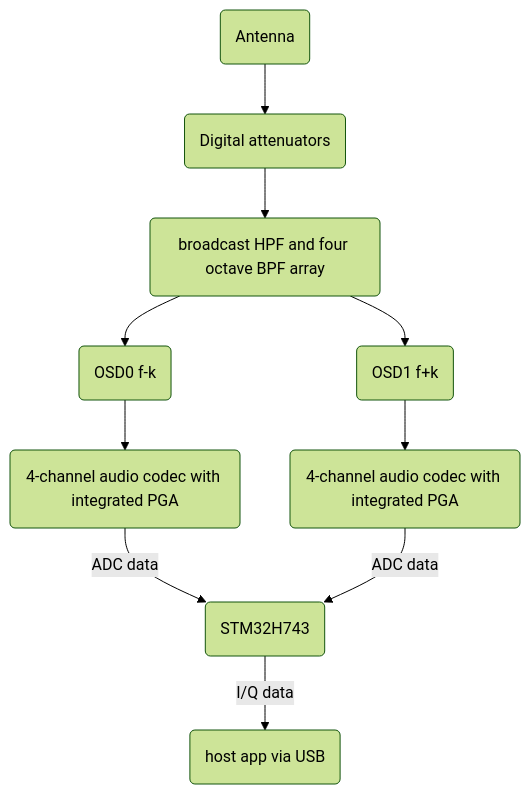
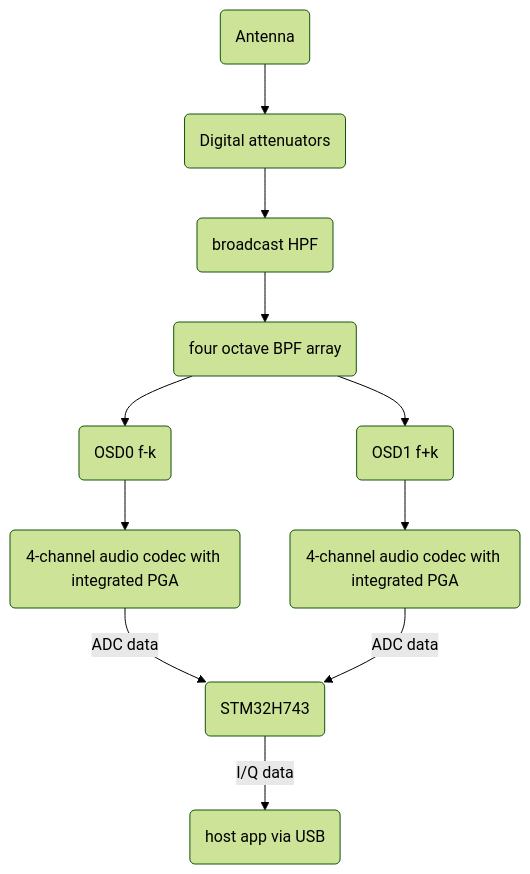
One commit to alanmimms/NexRx changed the first of 2 diagrams in doc/architecture.md. Above: the diagram before and after it, drawn with Mermaid (forest theme).

Commit message:
Fixup some diagrams

````diff
--- a/doc/architecture.md
+++ b/doc/architecture.md
@@ -11,13 +11,14 @@
 ```mermaid
 graph TB
     A(Antenna) --> D(Digital attenuators)
-    D --> F(broadcast HPF and four octave BPF array)
+    D --> E(broadcast HPF)
+	E --> F(four octave BPF array)
     F --> G(OSD0 f-k)
     F --> H(OSD1 f+k)
     
     G --> I(4-channel audio codec with integrated PGA)
     H --> J(4-channel audio codec with integrated PGA)
     I --> |ADC data|K(STM32H743)
     J --> |ADC data|K
     K --> |I/Q data|L(host app via USB)
 ```
````
